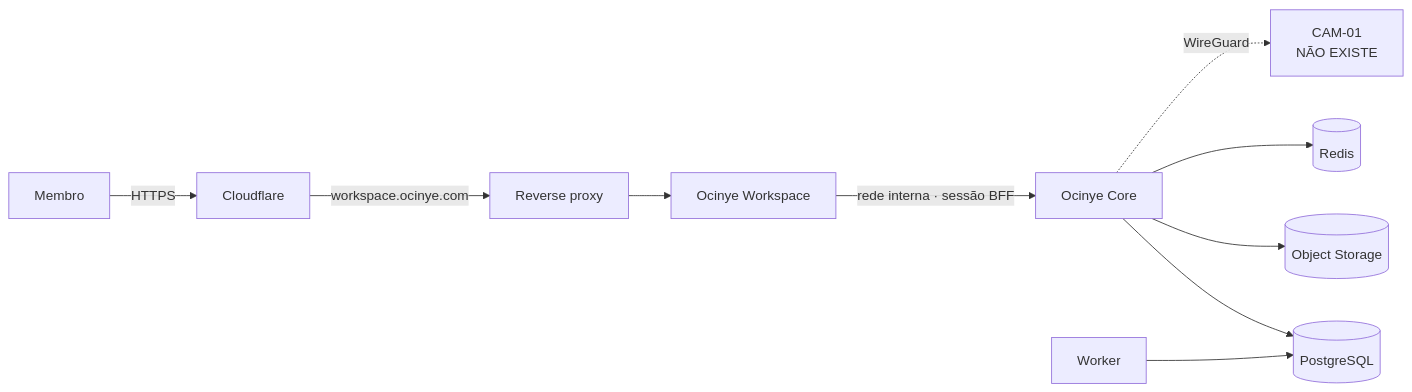
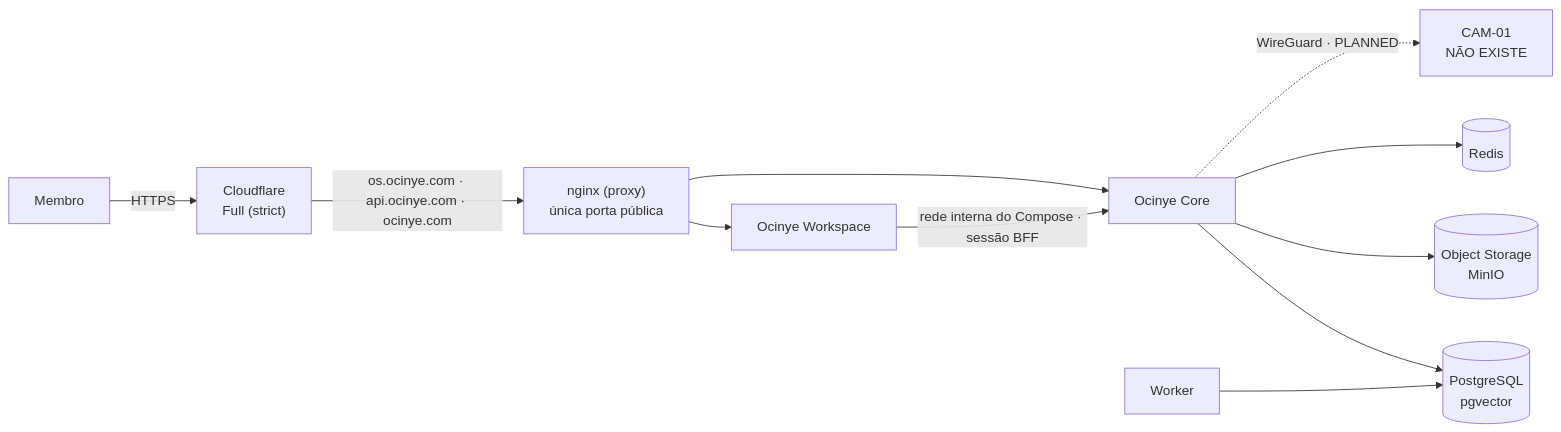
The diagram in docs/deployment/README.md (Ocinye/ocinye-os), drawn with Mermaid before and after one commit. The commit also changed other lines of this file and 3 other files, not shown here.

````diff
--- a/docs/deployment/README.md
+++ b/docs/deployment/README.md
@@ -8,13 +10,13 @@
 ```mermaid
 flowchart LR
-    U["Membro"] -->|"HTTPS"| CF["Cloudflare"]
-    CF -->|"workspace.ocinye.com"| GW["Reverse proxy"]
+    U["Membro"] -->|"HTTPS"| CF["Cloudflare<br/>Full (strict)"]
+    CF -->|"os.ocinye.com · api.ocinye.com · ocinye.com"| GW["nginx (proxy)<br/>única porta pública"]
     GW --> WS["Ocinye Workspace"]
-    WS -->|"rede interna · sessão BFF"| CORE["Ocinye Core"]
-    CORE --> PG[("PostgreSQL")]
-    CORE --> S3[("Object Storage")]
+    GW --> CORE["Ocinye Core"]
+    WS -->|"rede interna do Compose · sessão BFF"| CORE
+    CORE --> PG[("PostgreSQL<br/>pgvector")]
+    CORE --> S3[("Object Storage<br/>MinIO")]
     CORE --> RD[("Redis")]
     WK["Worker"] --> PG
-
-    CORE -.->|"WireGuard"| NODE["CAM-01<br/>NÃO EXISTE"]
+    CORE -.->|"WireGuard · PLANNED"| NODE["CAM-01<br/>NÃO EXISTE"]
 ```
````
